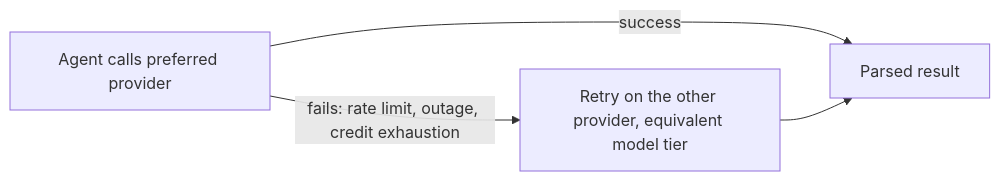
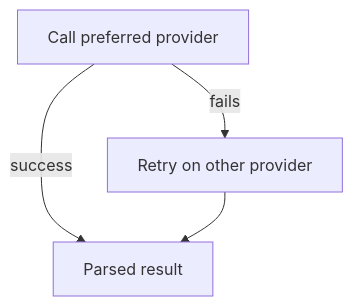
Before and after one commit to dianakang/voc-intelligence-platform: the fourth of 4 diagrams in README.md, drawn with Mermaid. The commit also changed other lines of this file, not shown here.

First line of the commit message:
Shorten diagram node/edge labels to fix text clipping

````diff
--- a/README.md
+++ b/README.md
@@ -194,6 +197,6 @@
 ```mermaid
-flowchart LR
-    A[Agent calls preferred provider] -->|success| R[Parsed result]
-    A -->|fails: rate limit, outage, credit exhaustion| B[Retry on the other provider, equivalent model tier]
+flowchart TD
+    A[Call preferred provider] -->|success| R[Parsed result]
+    A -->|fails| B[Retry on other provider]
     B --> R
 ```
````
